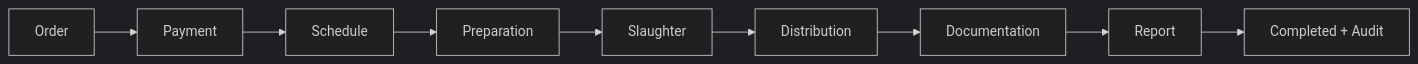
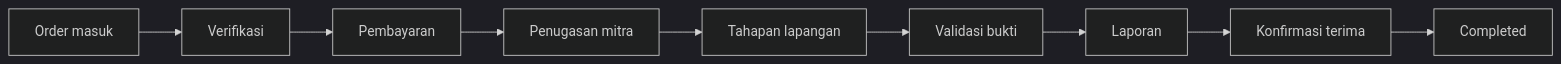
The first of 5 diagrams in docs/08_WORKFLOW_MAP.md (aiagent-zs/suksesaqiqah1), drawn with Mermaid (dark theme) before and after one commit. The commit also changed other lines of this file and 5 other files, not shown here.

````diff
--- a/docs/08_WORKFLOW_MAP.md
+++ b/docs/08_WORKFLOW_MAP.md
@@ -17,11 +23,11 @@
 ```mermaid
 flowchart LR
-    A[Order] --> B[Payment]
-    B --> C[Schedule]
-    C --> D[Preparation]
-    D --> E[Slaughter]
-    E --> F[Distribution]
-    F --> G[Documentation]
-    G --> H[Report]
-    H --> I[Completed + Audit]
+    A[Order masuk] --> B[Verifikasi]
+    B --> C[Pembayaran]
+    C --> D[Penugasan mitra]
+    D --> E[Tahapan lapangan]
+    E --> F[Validasi bukti]
+    F --> G[Laporan]
+    G --> H[Konfirmasi terima]
+    H --> I[Completed]
 ```
````
